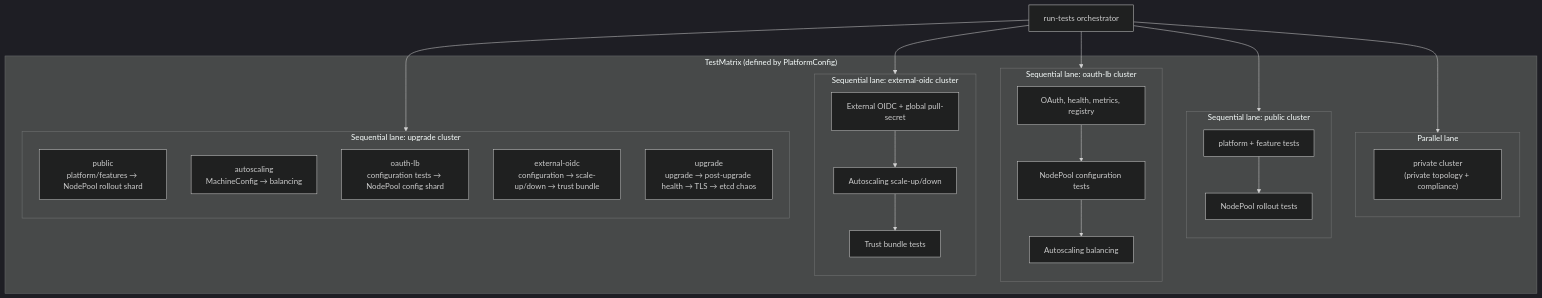
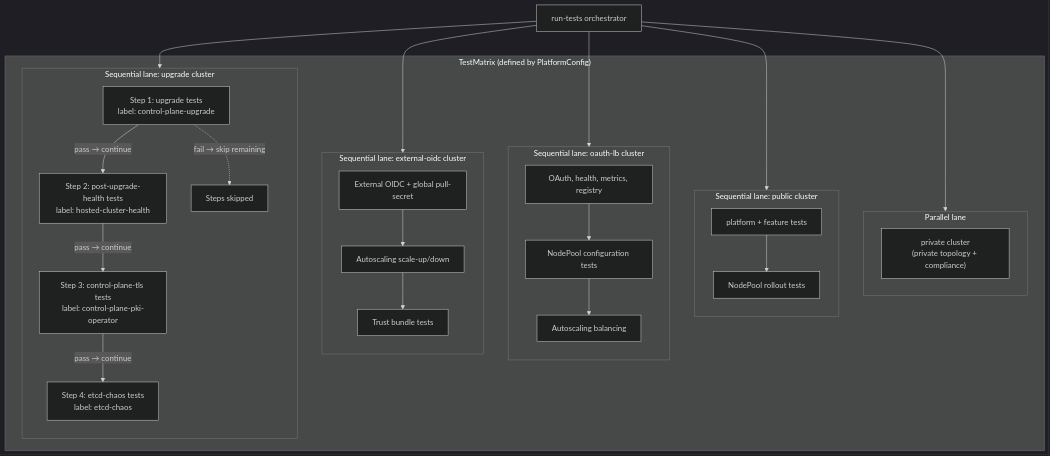
Before and after one commit to openshift/hypershift: the third of 4 diagrams in docs/content/how-to/ci/v2-testing/test-flow.md, drawn with Mermaid (dark theme). The commit also changed other lines of this file and 1 other file, not shown here.

````diff
--- a/docs/content/how-to/ci/v2-testing/test-flow.md
+++ b/docs/content/how-to/ci/v2-testing/test-flow.md
@@ -285,47 +293,48 @@
 ```mermaid
 flowchart TD
     subgraph TestMatrix["TestMatrix (defined by PlatformConfig)"]
         subgraph Parallel["Parallel lane"]
             P1["private cluster<br/>(private topology + compliance)"]
         end
 
         subgraph Public["Sequential lane: public cluster"]
             direction TB
             PUB1["platform + feature tests"]
             PUB2["NodePool rollout tests"]
             PUB1 --> PUB2
         end
 
         subgraph OAuth["Sequential lane: oauth-lb cluster"]
             direction TB
             OAUTH1["OAuth, health, metrics, registry"]
             OAUTH2["NodePool configuration tests"]
             OAUTH3["Autoscaling balancing"]
             OAUTH1 --> OAUTH2 --> OAUTH3
         end
 
         subgraph OIDC["Sequential lane: external-oidc cluster"]
             direction TB
             OIDC1["External OIDC + global pull-secret"]
             OIDC2["Autoscaling scale-up/down"]
             OIDC3["Trust bundle tests"]
             OIDC1 --> OIDC2 --> OIDC3
         end
 
         subgraph Sequential["Sequential lane: upgrade cluster"]
             direction TB
-            S1["public<br/>platform/features → NodePool rollout shard"]
-            S2["autoscaling<br/>MachineConfig → balancing"]
-            S3["oauth-lb<br/>configuration tests → NodePool config shard"]
-            S4["external-oidc<br/>configuration → scale-up/down → trust bundle"]
-            S5["upgrade<br/>upgrade → post-upgrade health → TLS → etcd chaos"]
+            S1["Step 1: upgrade tests<br/>label: control-plane-upgrade"]
+            S2["Step 2: post-upgrade-health tests<br/>label: hosted-cluster-health"]
+            S3["Step 3: control-plane-tls tests<br/>label: control-plane-pki-operator"]
+            S4["Step 4: etcd-chaos tests<br/>label: etcd-chaos"]
+            S1 -->|"pass → continue"| S2 -->|"pass → continue"| S3 -->|"pass → continue"| S4
+            S1 -.->|"fail → skip remaining"| SKIP["Steps skipped"]
         end
     end
 
     RT["run-tests orchestrator"] --> Parallel
     RT --> Public
     RT --> OAuth
     RT --> OIDC
     RT --> Sequential
 
 ```
````
